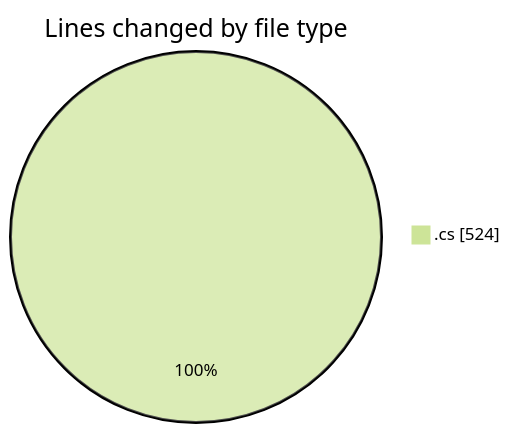
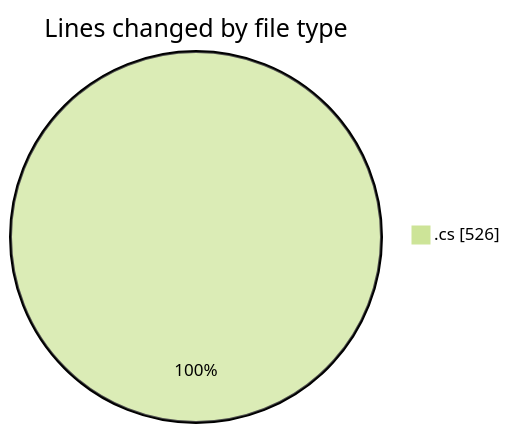
Before and after one commit to Netris89/code-tracking: the first of 2 diagrams in 2025-04-02/back-end/README.md, drawn with Mermaid (forest theme). The commit also changed other lines of this file and 1 other file, not shown here.

````diff
--- a/2025-04-02/back-end/README.md
+++ b/2025-04-02/back-end/README.md
@@ -21,5 +21,5 @@
 ```mermaid
 pie showData
 title Lines changed by file type
-".cs" : 524
+".cs" : 526
 ```
````
